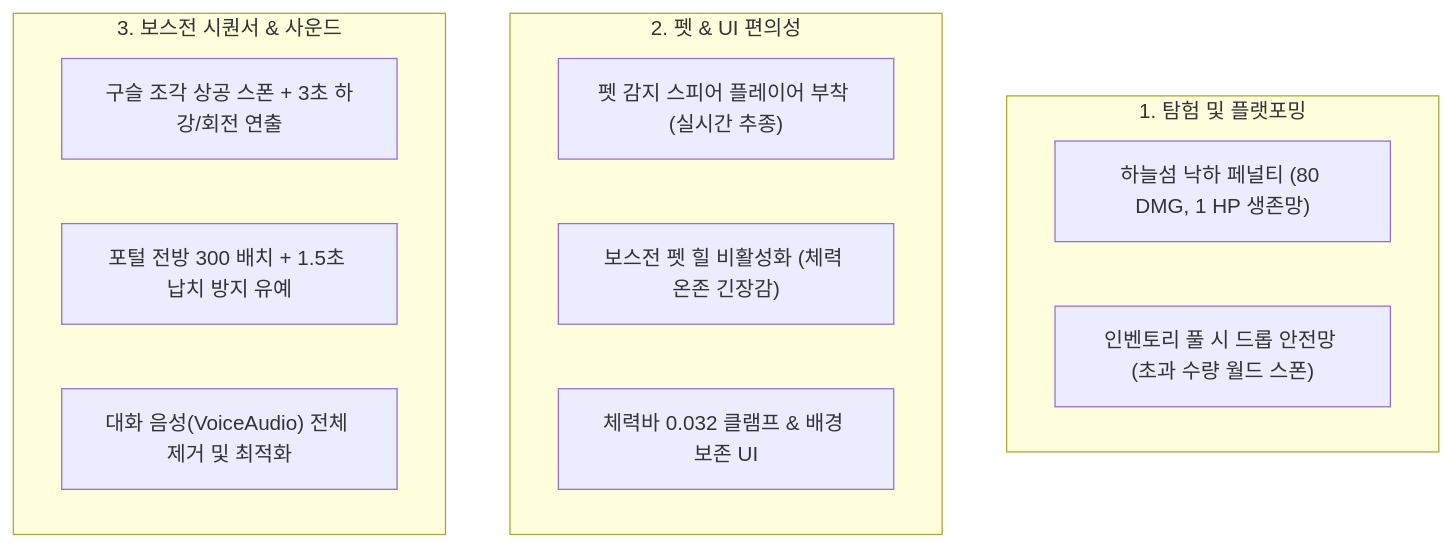
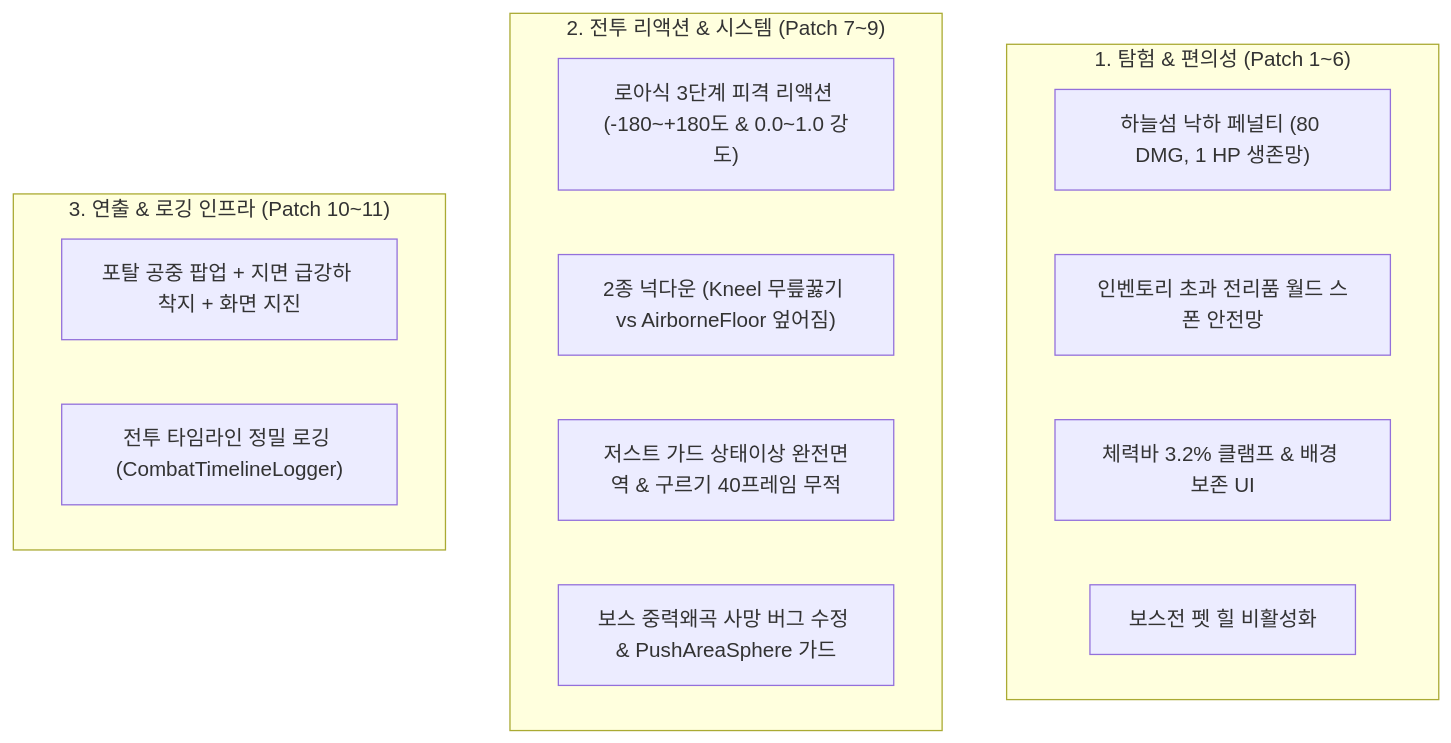
Before and after one commit to yhgamestudent/ShardsOfVeyara: the second of 2 diagrams in Docs/FOREST_MAP_BALANCE_REPORT.md, drawn with Mermaid. The commit also changed other lines of this file and 30 other files, not shown here.

````diff
--- a/Docs/FOREST_MAP_BALANCE_REPORT.md
+++ b/Docs/FOREST_MAP_BALANCE_REPORT.md
@@ -148,17 +152,19 @@
 ```mermaid
 graph TD
-    subgraph S1["1. 탐험 및 플랫포밍"]
+    subgraph S1["1. 탐험 & 편의성 (Patch 1~6)"]
         P1["하늘섬 낙하 페널티 (80 DMG, 1 HP 생존망)"]
-        P2["인벤토리 풀 시 드롭 안전망 (초과 수량 월드 스폰)"]
+        P2["인벤토리 초과 전리품 월드 스폰 안전망"]
+        P3["체력바 3.2% 클램프 & 배경 보존 UI"]
+        P4["보스전 펫 힐 비활성화"]
     end
-    subgraph S2["2. 펫 & UI 편의성"]
-        P3["펫 감지 스피어 플레이어 부착 (실시간 추종)"]
-        P4["보스전 펫 힐 비활성화 (체력 온존 긴장감)"]
-        P5["체력바 0.032 클램프 & 배경 보존 UI"]
+    subgraph S2["2. 전투 리액션 & 시스템 (Patch 7~9)"]
+        P5["로아식 3단계 피격 리액션 (-180~+180도 & 0.0~1.0 강도)"]
+        P6["2종 넉다운 (Kneel 무릎꿇기 vs AirborneFloor 엎어짐)"]
+        P7["저스트 가드 상태이상 완전면역 & 구르기 40프레임 무적"]
+        P8["보스 중력왜곡 사망 버그 수정 & PushAreaSphere 가드"]
     end
-    subgraph S3["3. 보스전 시퀀서 & 사운드"]
-        P6["구슬 조각 상공 스폰 + 3초 하강/회전 연출"]
-        P7["포털 전방 300 배치 + 1.5초 납치 방지 유예"]
-        P8["대화 음성(VoiceAudio) 전체 제거 및 최적화"]
+    subgraph S3["3. 연출 & 로깅 인프라 (Patch 10~11)"]
+        P9["포탈 공중 팝업 + 지면 급강하 착지 + 화면 지진"]
+        P10["전투 타임라인 정밀 로깅 (CombatTimelineLogger)"]
     end
 ```
````
